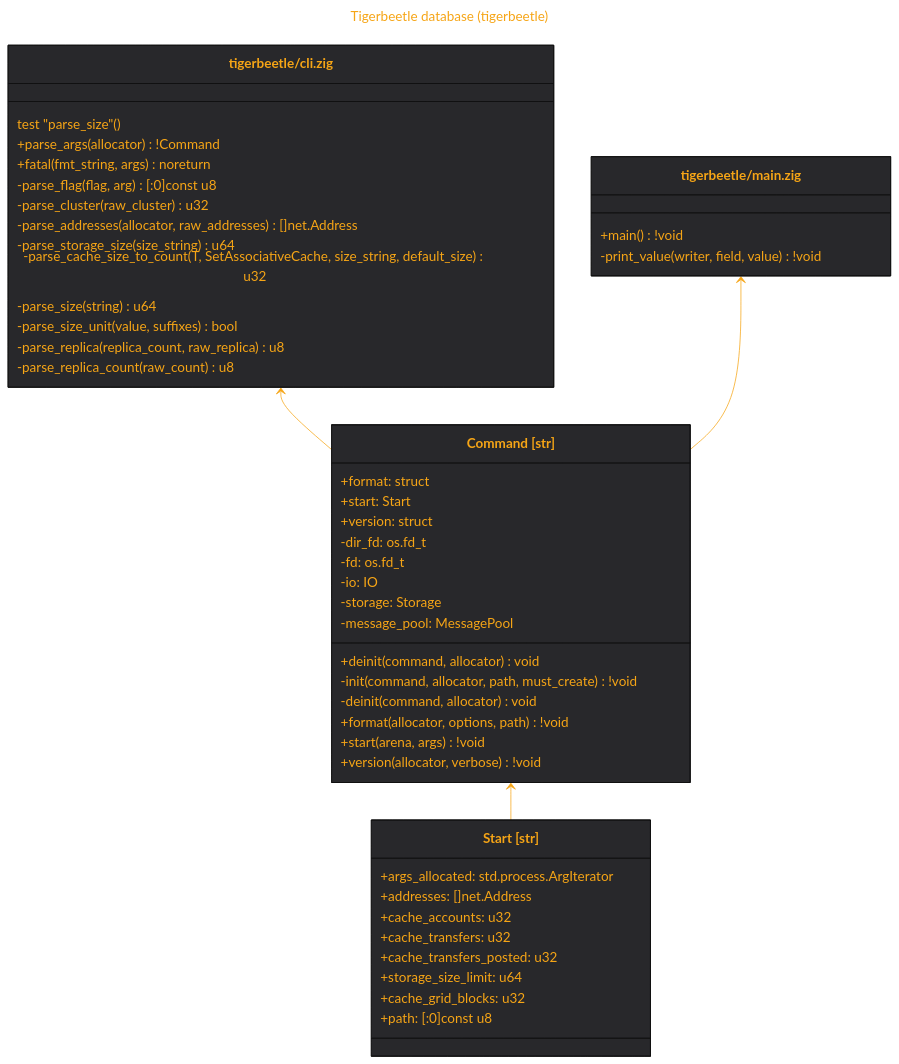
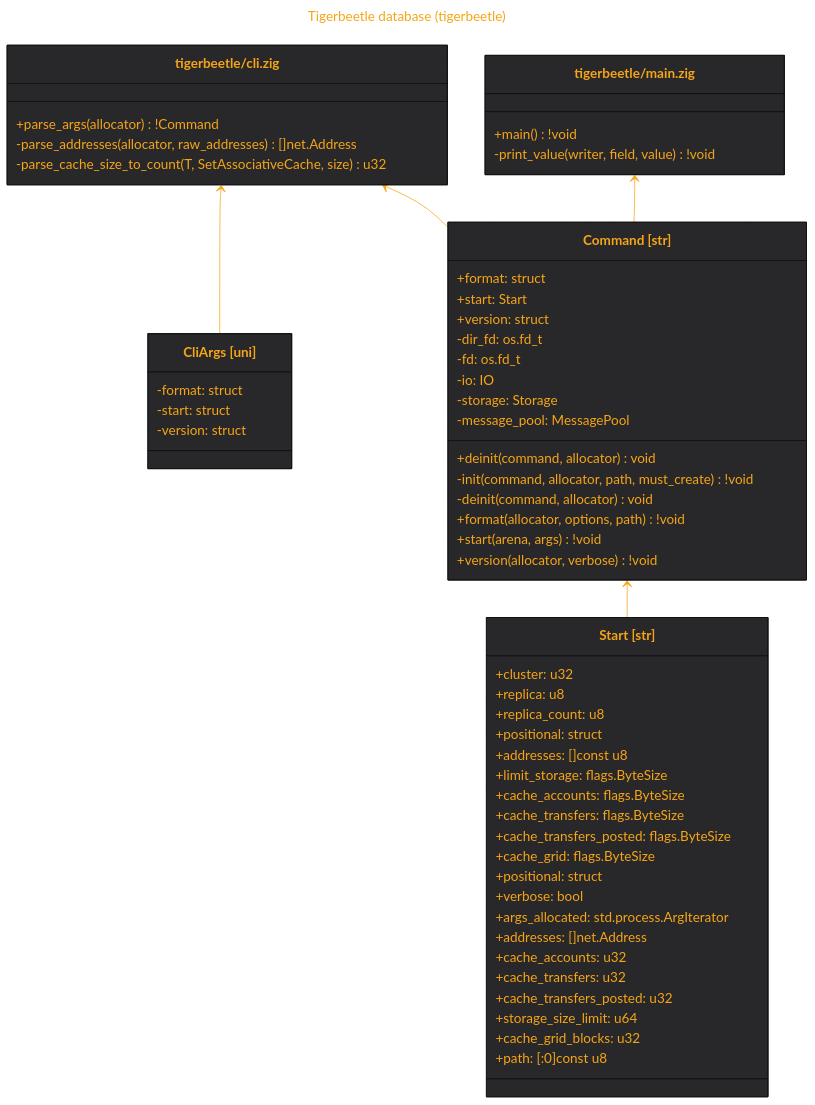
The diagram in out/src.tigerbeetle.md (tensorush/meduza), drawn with Mermaid before and after one commit. The commit also changed 2 other files, not shown here.

Commit message:
Update Tigerbeetle

````diff
--- a/out/src.tigerbeetle.md
+++ b/out/src.tigerbeetle.md
@@ -1,72 +1,82 @@
 ```mermaid
 ---
 title: Tigerbeetle database (tigerbeetle)
 ---
 %%{
     init: {
         'theme': 'base',
         'themeVariables': {
             'fontSize': '18px',
             'fontFamily': 'arial',
             'lineColor': '#F6A516',
             'primaryColor': '#28282B',
             'primaryTextColor': '#F6A516'
         }
     }
 }%%
 classDiagram
+class CliArgs["CliArgs [uni]"] {
+    -format: struct
+    -start: struct
+    -version: struct
+}
+link CliArgs "https://github.com/tigerbeetle/tigerbeetle/blob/main/src/tigerbeetle/cli.zig#L17"
 class Start["Start [str]"] {
+    +cluster: u32
+    +replica: u8
+    +replica_count: u8
+    +positional: struct
+    +addresses: []const u8
+    +limit_storage: flags.ByteSize
+    +cache_accounts: flags.ByteSize
+    +cache_transfers: flags.ByteSize
+    +cache_transfers_posted: flags.ByteSize
+    +cache_grid: flags.ByteSize
+    +positional: struct
+    +verbose: bool
     +args_allocated: std.process.ArgIterator
     +addresses: []net.Address
     +cache_accounts: u32
     +cache_transfers: u32
     +cache_transfers_posted: u32
     +storage_size_limit: u64
     +cache_grid_blocks: u32
     +path: [:0]const u8
 }
-link Start "https://github.com/tigerbeetle/tigerbeetle/blob/main/src/tigerbeetle/cli.zig#L97"
+link Start "https://github.com/tigerbeetle/tigerbeetle/blob/main/src/tigerbeetle/cli.zig#L123"
 class Command["Command [uni]"] {
     +format: struct
     +start: Start
     +version: struct
     +deinit(command, allocator) void
 }
 Command <-- Start
-link Command "https://github.com/tigerbeetle/tigerbeetle/blob/main/src/tigerbeetle/cli.zig#L96"
+link Command "https://github.com/tigerbeetle/tigerbeetle/blob/main/src/tigerbeetle/cli.zig#L122"
 class `tigerbeetle/cli.zig` {
-    test "parse_size"()
     +parse_args(allocator) !Command
-    +fatal(fmt_string, args) noreturn
-    -parse_flag(flag, arg) [:0]const u8
-    -parse_cluster(raw_cluster) u32
     -parse_addresses(allocator, raw_addresses) []net.Address
-    -parse_storage_size(size_string) u64
-    -parse_cache_size_to_count(T, SetAssociativeCache, size_string, default_size) u32
-    -parse_size(string) u64
-    -parse_size_unit(value, suffixes) bool
-    -parse_replica(replica_count, raw_replica) u8
-    -parse_replica_count(raw_count) u8
+    -parse_cache_size_to_count(T, SetAssociativeCache, size) u32
 }
+`tigerbeetle/cli.zig` <-- CliArgs
 `tigerbeetle/cli.zig` <-- Command
 link `tigerbeetle/cli.zig` "https://github.com/tigerbeetle/tigerbeetle/blob/main/src/tigerbeetle/cli.zig"
 class Command["Command [str]"] {
     -dir_fd: os.fd_t
     -fd: os.fd_t
     -io: IO
     -storage: Storage
     -message_pool: MessagePool
     -init(command, allocator, path, must_create) !void
     -deinit(command, allocator) void
     +format(allocator, options, path) !void
     +start(arena, args) !void
     +version(allocator, verbose) !void
 }
 link Command "https://github.com/tigerbeetle/tigerbeetle/blob/main/src/tigerbeetle/main.zig#L64"
 class `tigerbeetle/main.zig` {
     +main() !void
     -print_value(writer, field, value) !void
 }
 `tigerbeetle/main.zig` <-- Command
 link `tigerbeetle/main.zig` "https://github.com/tigerbeetle/tigerbeetle/blob/main/src/tigerbeetle/main.zig"
 ```
````
